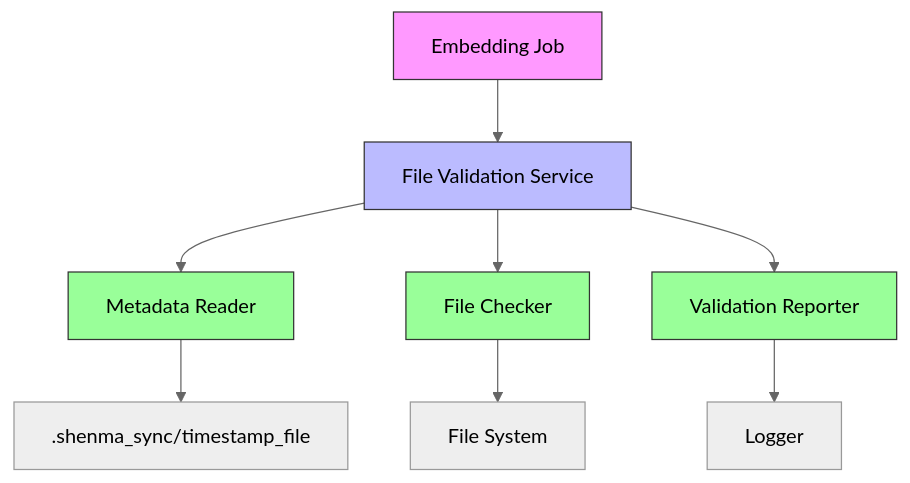
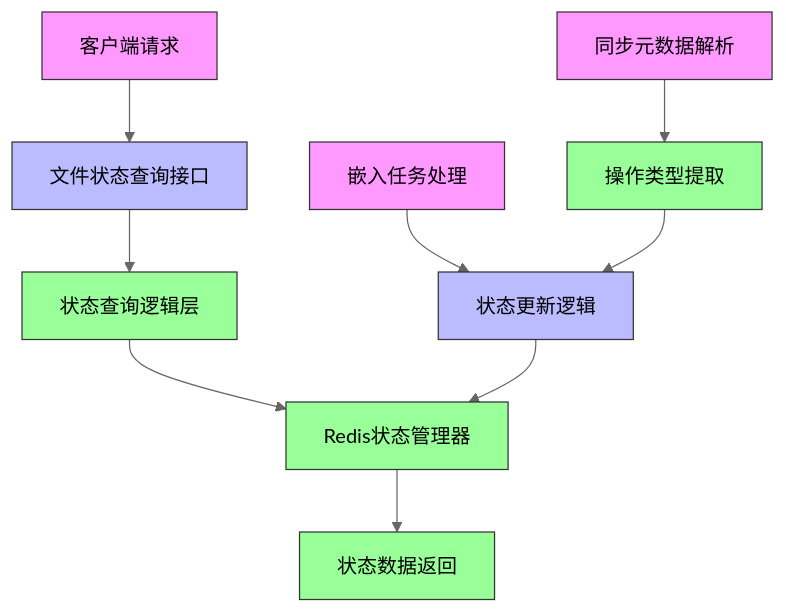
Before and after one commit to zgsm-ai/codebase-embedder: the first of 2 diagrams in docs/technical.md, drawn with Mermaid (neutral theme). The commit also changed other lines of this file and 8 other files, not shown here.

````diff
--- a/docs/technical.md
+++ b/docs/technical.md
@@ -18,17 +18,22 @@
 ```mermaid
 graph TD
-    A[Embedding Job] --> B[File Validation Service]
-    B --> C[Metadata Reader]
-    B --> D[File Checker]
-    B --> E[Validation Reporter]
+    A[客户端请求] --> B[文件状态查询接口]
+    B --> C[状态查询逻辑层]
+    C --> D[Redis状态管理器]
+    D --> E[状态数据返回]
     
-    C --> F[.shenma_sync/timestamp_file]
-    D --> G[File System]
-    E --> H[Logger]
+    F[嵌入任务处理] --> G[状态更新逻辑]
+    G --> D
+    H[同步元数据解析] --> I[操作类型提取]
+    I --> G
     
     style A fill:#f9f,stroke:#333
     style B fill:#bbf,stroke:#333
     style C fill:#9f9,stroke:#333
     style D fill:#9f9,stroke:#333
     style E fill:#9f9,stroke:#333
+    style F fill:#f9f,stroke:#333
+    style G fill:#bbf,stroke:#333
+    style H fill:#f9f,stroke:#333
+    style I fill:#9f9,stroke:#333
 ```
````
